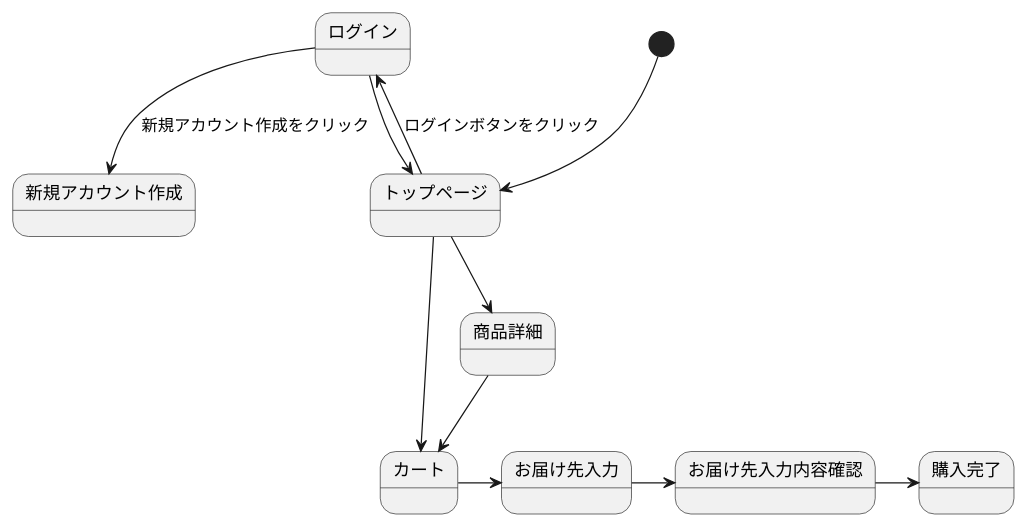
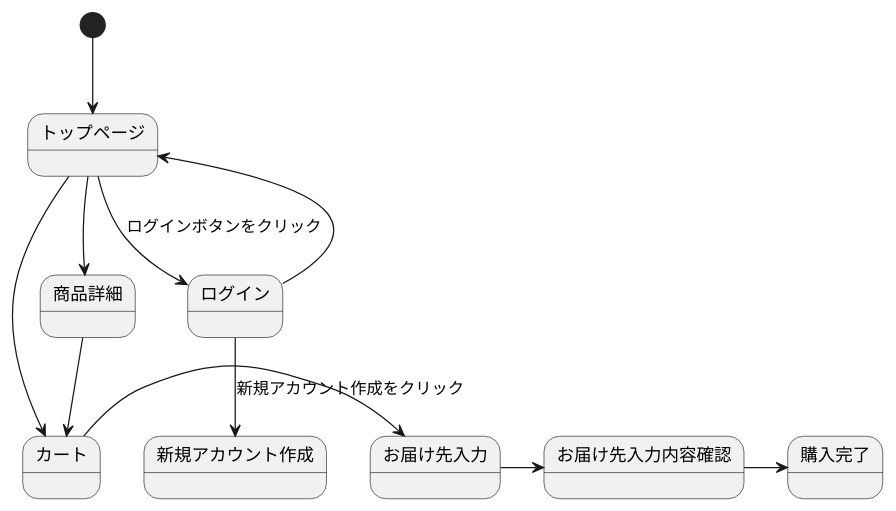
The diagram in sumple_01.md (Aso2001133/2021sys-design), drawn with PlantUML before and after one commit.

````diff
--- a/sumple_01.md
+++ b/sumple_01.md
@@ -1,14 +1,14 @@
 ```uml
 @startuml
 [*] --> トップページ
-トップページ -left-> ログイン : ログインボタンをクリック
+トップページ --> ログイン : ログインボタンをクリック
 トップページ --> カート
 トップページ --> 商品詳細
 ログイン --> トップページ
 ログイン --> 新規アカウント作成 :新規アカウント作成をクリック
 商品詳細 --> カート
 カート -> お届け先入力
 お届け先入力 -> お届け先入力内容確認
 お届け先入力内容確認 -> 購入完了
 @enduml
 ```
````
